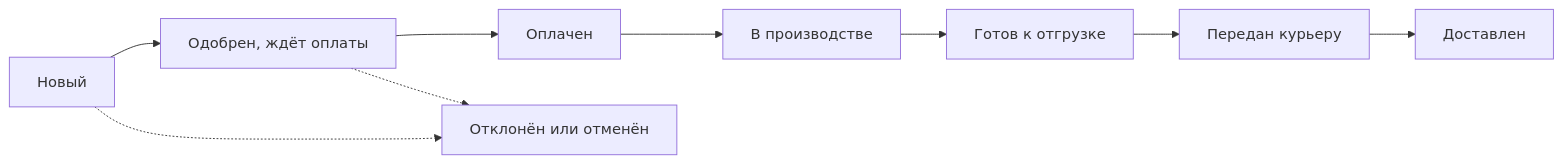
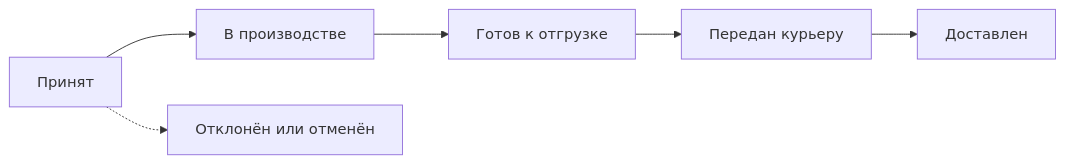
One commit to halzey-ilc/bulo-app changed the second of 2 diagrams in README.md. Above: the diagram before and after it, drawn with Mermaid. The commit also changed other lines of this file and 94 other files, not shown here.

````diff
--- a/README.md
+++ b/README.md
@@ -65,11 +66,8 @@
 ```mermaid
 flowchart LR
-    N["Новый"] --> A["Одобрен, ждёт оплаты"]
-    A --> P["Оплачен"]
-    P --> W["В производстве"]
+    N["Принят"] --> W["В производстве"]
     W --> R["Готов к отгрузке"]
     R --> C["Передан курьеру"]
     C --> D["Доставлен"]
     N -.-> X["Отклонён или отменён"]
-    A -.-> X
 ```
````
